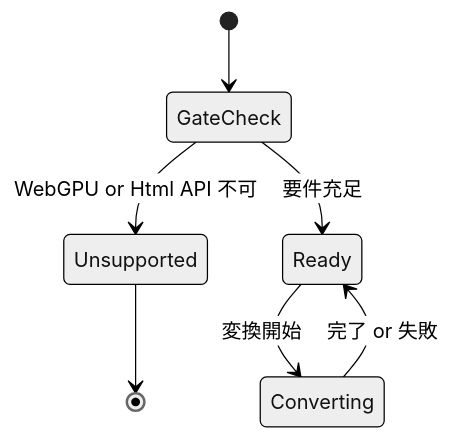
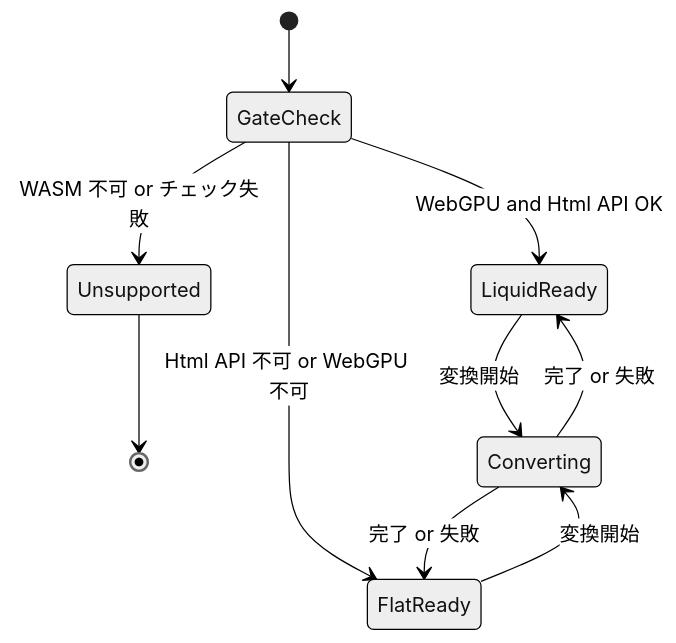
One commit to 53able/movie_to_gif changed the fourth of 6 diagrams in docs/design-docs/liquid-ui-refresh.md. Above: the diagram before and after it, drawn with Mermaid (neutral theme). The commit also changed other lines of this file and 3 other files, not shown here.

````diff
--- a/docs/design-docs/liquid-ui-refresh.md
+++ b/docs/design-docs/liquid-ui-refresh.md
@@ -81,9 +82,12 @@
 ```mermaid
 stateDiagram-v2
   [*] --> GateCheck
-  GateCheck --> Unsupported: WebGPU or Html API 不可
-  GateCheck --> Ready: 要件充足
+  GateCheck --> Unsupported: WASM 不可 or チェック失敗
+  GateCheck --> LiquidReady: WebGPU and Html API OK
+  GateCheck --> FlatReady: Html API 不可 or WebGPU 不可
   Unsupported --> [*]
-  Ready --> Converting: 変換開始
-  Converting --> Ready: 完了 or 失敗
+  LiquidReady --> Converting: 変換開始
+  FlatReady --> Converting: 変換開始
+  Converting --> LiquidReady: 完了 or 失敗
+  Converting --> FlatReady: 完了 or 失敗
 ```
````
